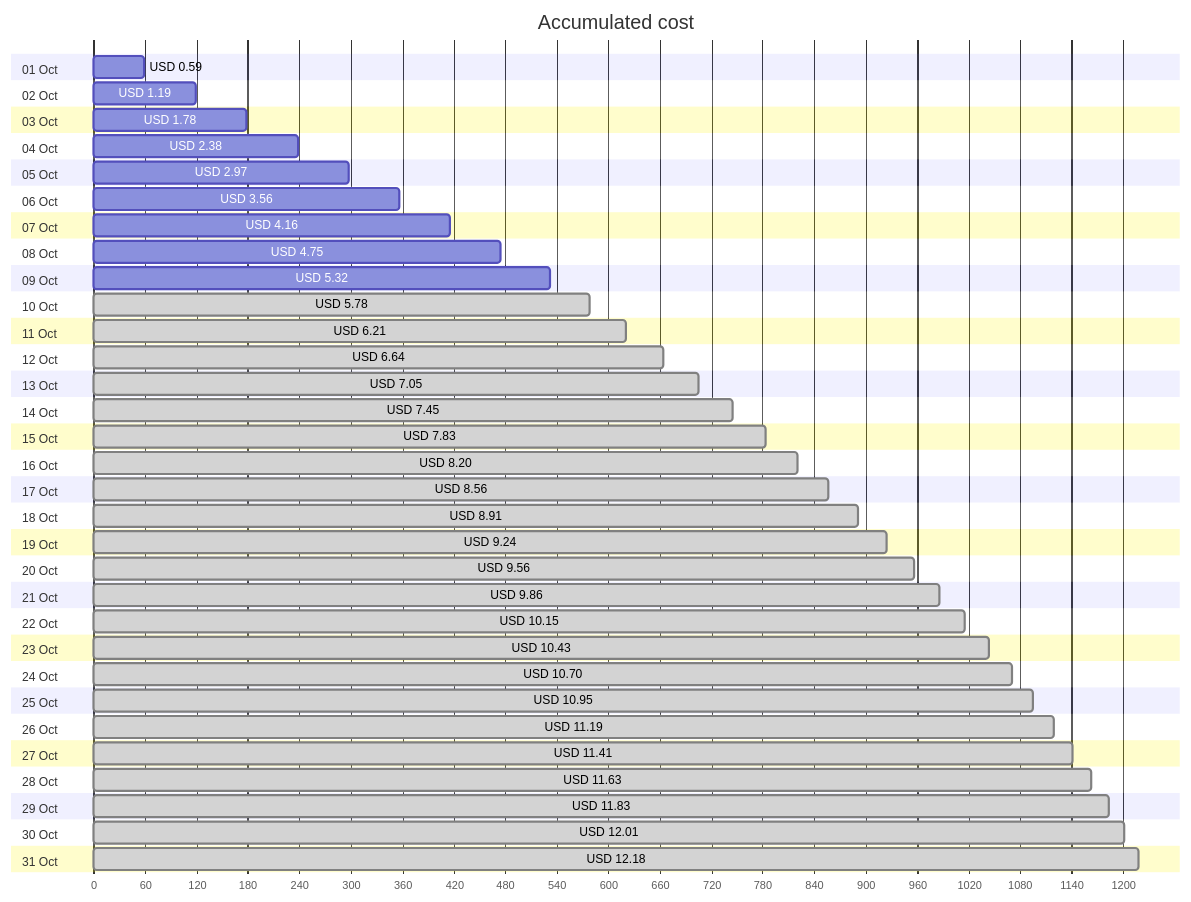
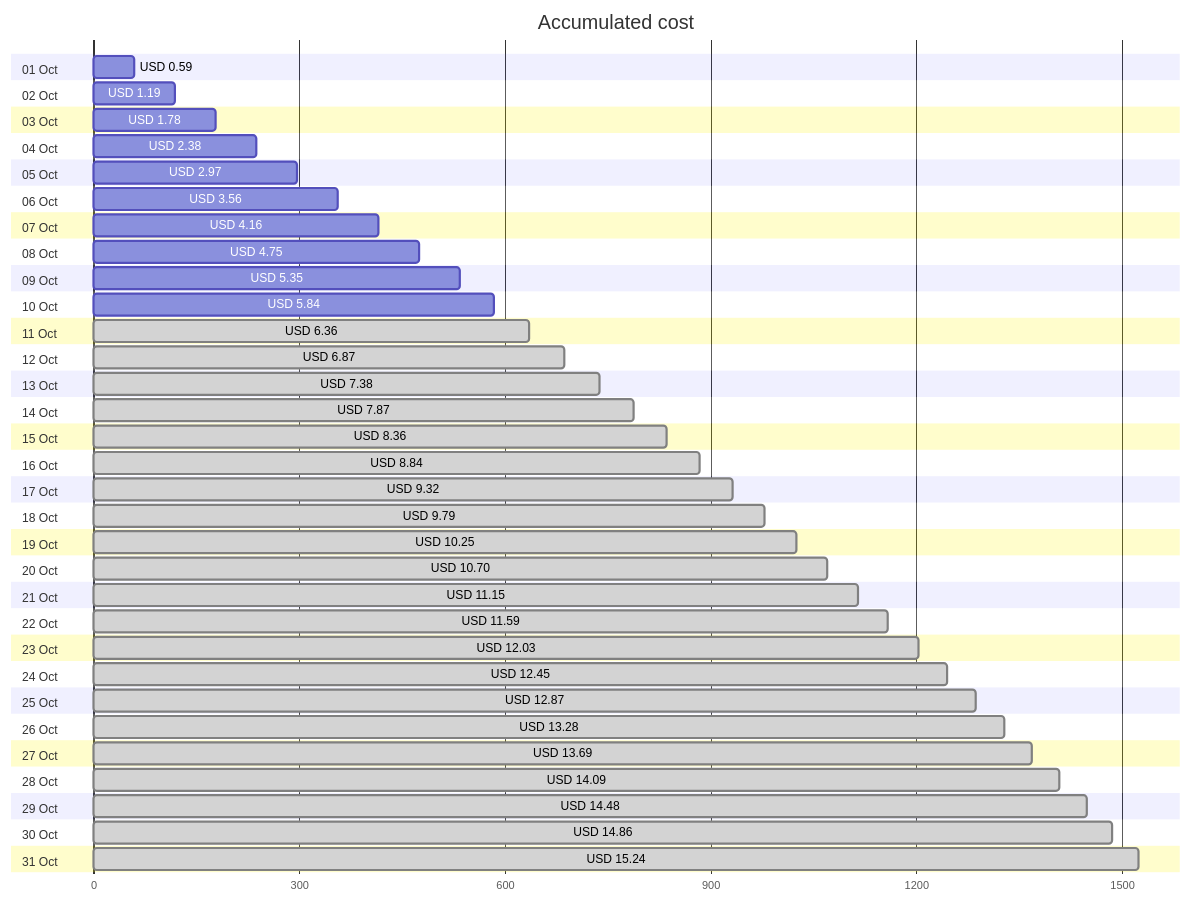
One commit to jpfulton/azure-personal-reports changed the first of 4 diagrams in cost-reports/personal-site/README.md. Above: the diagram before and after it, drawn with Mermaid. The commit also changed other lines of this file and 7 other files, not shown here.

````diff
--- a/cost-reports/personal-site/README.md
+++ b/cost-reports/personal-site/README.md
@@ -20,68 +20,68 @@
 ```mermaid
 gantt
    title Accumulated cost
    dateFormat  X
    axisFormat %s
    section 01 Oct
    USD 0.59 :0, 59
    section 02 Oct
    USD 1.19 :0, 119
    section 03 Oct
    USD 1.78 :0, 178
    section 04 Oct
    USD 2.38 :0, 238
    section 05 Oct
    USD 2.97 :0, 297
    section 06 Oct
    USD 3.56 :0, 356
    section 07 Oct
    USD 4.16 :0, 416
    section 08 Oct
    USD 4.75 :0, 475
    section 09 Oct
-   USD 5.32 :0, 532
+   USD 5.35 :0, 535
    section 10 Oct
-   USD 5.78 : done, 0, 578
+   USD 5.84 :0, 584
    section 11 Oct
-   USD 6.21 : done, 0, 621
+   USD 6.36 : done, 0, 636
    section 12 Oct
-   USD 6.64 : done, 0, 664
+   USD 6.87 : done, 0, 687
    section 13 Oct
-   USD 7.05 : done, 0, 705
+   USD 7.38 : done, 0, 738
    section 14 Oct
-   USD 7.45 : done, 0, 745
+   USD 7.87 : done, 0, 787
    section 15 Oct
-   USD 7.83 : done, 0, 783
+   USD 8.36 : done, 0, 836
    section 16 Oct
-   USD 8.20 : done, 0, 820
+   USD 8.84 : done, 0, 884
    section 17 Oct
-   USD 8.56 : done, 0, 856
+   USD 9.32 : done, 0, 932
    section 18 Oct
-   USD 8.91 : done, 0, 891
+   USD 9.79 : done, 0, 979
    section 19 Oct
-   USD 9.24 : done, 0, 924
+   USD 10.25 : done, 0, 1025
    section 20 Oct
-   USD 9.56 : done, 0, 956
+   USD 10.70 : done, 0, 1070
    section 21 Oct
-   USD 9.86 : done, 0, 986
+   USD 11.15 : done, 0, 1115
    section 22 Oct
-   USD 10.15 : done, 0, 1015
+   USD 11.59 : done, 0, 1159
    section 23 Oct
-   USD 10.43 : done, 0, 1043
+   USD 12.03 : done, 0, 1203
    section 24 Oct
-   USD 10.70 : done, 0, 1070
+   USD 12.45 : done, 0, 1245
    section 25 Oct
-   USD 10.95 : done, 0, 1095
+   USD 12.87 : done, 0, 1287
    section 26 Oct
-   USD 11.19 : done, 0, 1119
+   USD 13.28 : done, 0, 1328
    section 27 Oct
-   USD 11.41 : done, 0, 1141
+   USD 13.69 : done, 0, 1369
    section 28 Oct
-   USD 11.63 : done, 0, 1163
+   USD 14.09 : done, 0, 1409
    section 29 Oct
-   USD 11.83 : done, 0, 1183
+   USD 14.48 : done, 0, 1448
    section 30 Oct
-   USD 12.01 : done, 0, 1201
+   USD 14.86 : done, 0, 1486
    section 31 Oct
-   USD 12.18 : done, 0, 1218
+   USD 15.24 : done, 0, 1524
 ```
````
